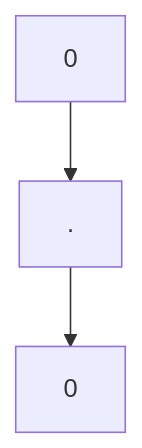
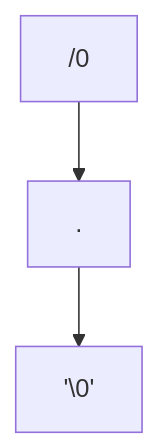
One commit to mmcnally1/arduino-projects changed the second of 2 diagrams in morse-code/README.md. Above: the diagram before and after it, drawn with Mermaid.

````diff
--- a/morse-code/README.md
+++ b/morse-code/README.md
@@ -27,6 +27,6 @@
 ```mermaid
 graph TD;
-A[0] --> B[.]
-B[.] --> C[0]
+/0 --> B[.]
+B[.] --> C['\0']
 
 ```
````
